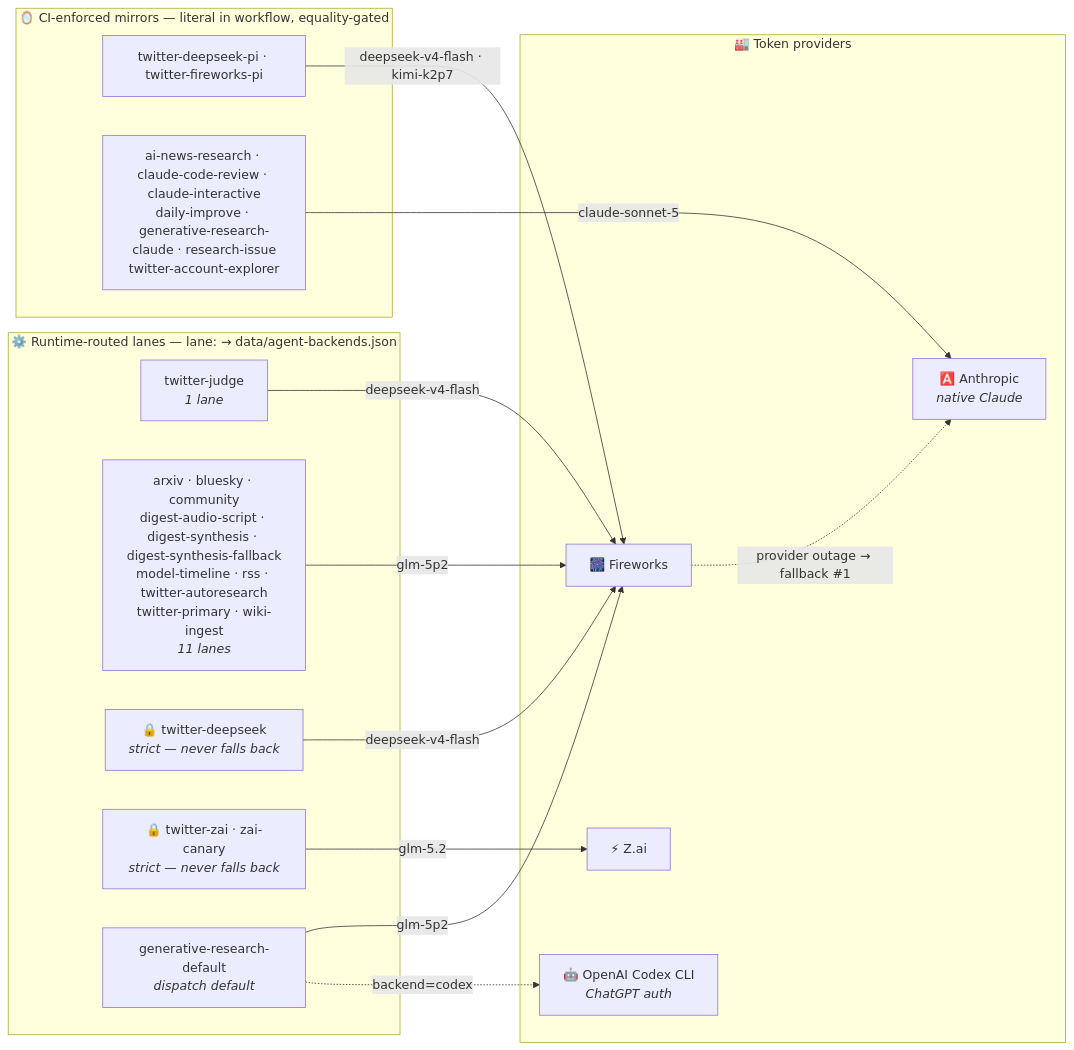
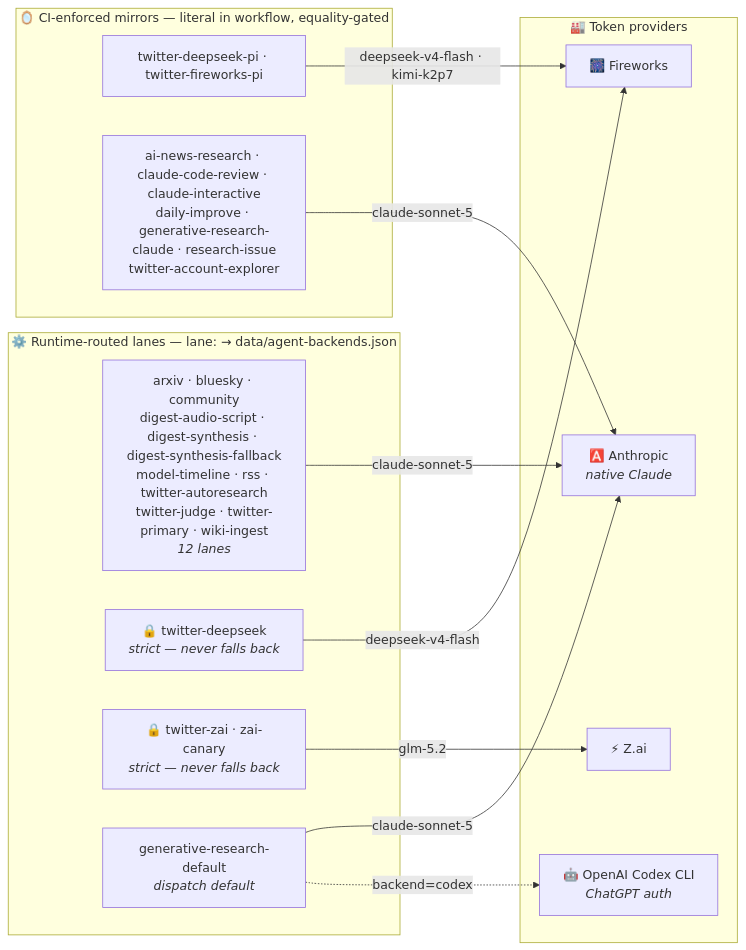
One commit to guzus/ai-research-arm changed the second of 3 diagrams in README.md. Above: the diagram before and after it, drawn with Mermaid. The commit also changed 3 other files, not shown here.

Commit message:
Route ARA production lanes to Claude

````diff
--- a/README.md
+++ b/README.md
@@ -147,29 +147,26 @@
 ```mermaid
 flowchart LR
     subgraph runtime["⚙️ Runtime-routed lanes — lane: → data/agent-backends.json"]
-        lanes0["twitter-judge<br/><i>1 lane</i>"]
-        lanes1["arxiv · bluesky · community<br/>digest-audio-script · digest-synthesis · digest-synthesis-fallback<br/>model-timeline · rss · twitter-autoresearch<br/>twitter-primary · wiki-ingest<br/><i>11 lanes</i>"]
+        lanes0["arxiv · bluesky · community<br/>digest-audio-script · digest-synthesis · digest-synthesis-fallback<br/>model-timeline · rss · twitter-autoresearch<br/>twitter-judge · twitter-primary · wiki-ingest<br/><i>12 lanes</i>"]
         strict0["🔒 twitter-deepseek<br/><i>strict — never falls back</i>"]
         strict1["🔒 twitter-zai · zai-canary<br/><i>strict — never falls back</i>"]
         gendef["generative-research-default<br/><i>dispatch default</i>"]
     end
     subgraph mirrors["🪞 CI-enforced mirrors — literal in workflow, equality-gated"]
         pi["twitter-deepseek-pi · twitter-fireworks-pi"]
         native["ai-news-research · claude-code-review · claude-interactive<br/>daily-improve · generative-research-claude · research-issue<br/>twitter-account-explorer"]
     end
     subgraph providers["🏭 Token providers"]
         FW["🎆 Fireworks"]
         ZAI["⚡ Z.ai"]
         ANT["🅰️ Anthropic<br/><i>native Claude</i>"]
         OAI["🤖 OpenAI Codex CLI<br/><i>ChatGPT auth</i>"]
     end
-    lanes0 -->|"deepseek-v4-flash"| FW
-    lanes1 -->|"glm-5p2"| FW
+    lanes0 -->|"claude-sonnet-5"| ANT
     strict0 -->|"deepseek-v4-flash"| FW
     strict1 -->|"glm-5.2"| ZAI
-    gendef -->|"glm-5p2"| FW
+    gendef -->|"claude-sonnet-5"| ANT
     pi -->|"deepseek-v4-flash · kimi-k2p7"| FW
     native -->|"claude-sonnet-5"| ANT
     gendef -.->|"backend=codex"| OAI
-    FW -. "provider outage → fallback #1" .-> ANT
 ```
````
